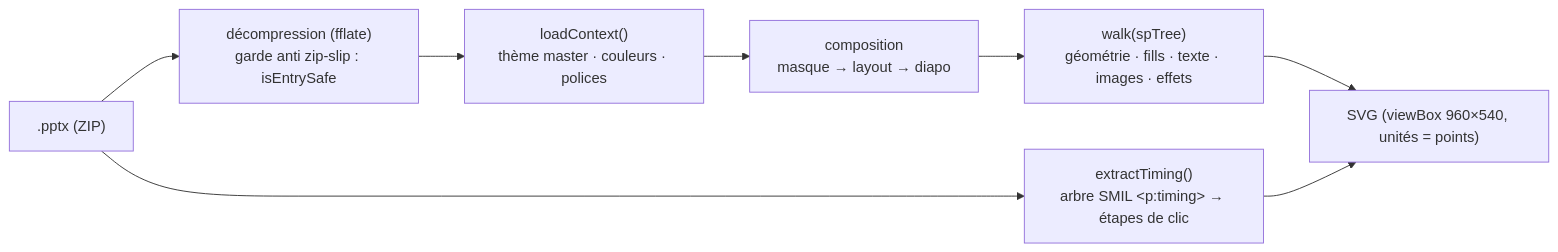
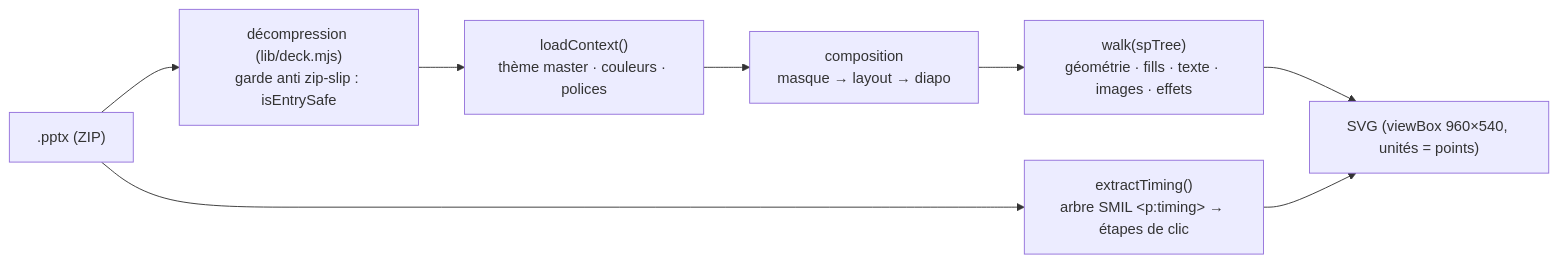
The fourth of 5 diagrams in docs/ARCHITECTURE.md (calaxo/OpenPoint), drawn with Mermaid before and after one commit. The commit also changed other lines of this file and 19 other files, not shown here.

````diff
--- a/docs/ARCHITECTURE.md
+++ b/docs/ARCHITECTURE.md
@@ -62,10 +84,10 @@
 ```mermaid
 flowchart LR
-  A[".pptx (ZIP)"] --> B["décompression (fflate)<br/>garde anti zip-slip : isEntrySafe"]
+  A[".pptx (ZIP)"] --> B["décompression (lib/deck.mjs)<br/>garde anti zip-slip : isEntrySafe"]
   B --> C["loadContext()<br/>thème master · couleurs · polices"]
   C --> D["composition<br/>masque → layout → diapo"]
   D --> E["walk(spTree)<br/>géométrie · fills · texte · images · effets"]
   E --> F["SVG (viewBox 960×540, unités = points)"]
   A --> T["extractTiming()<br/>arbre SMIL &lt;p:timing&gt; → étapes de clic"]
   T --> F
 ```
````
